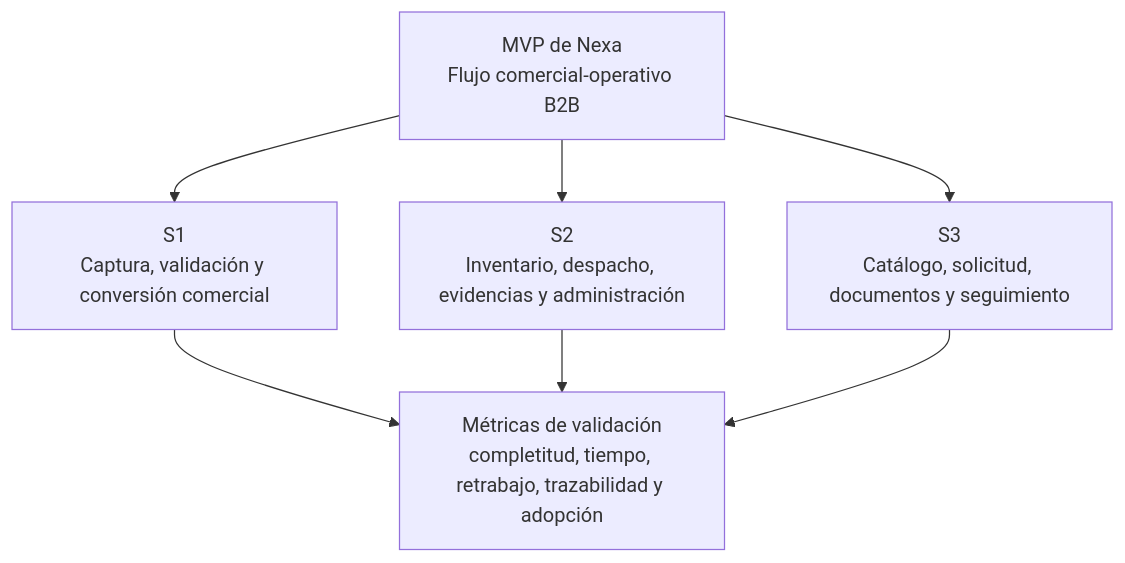
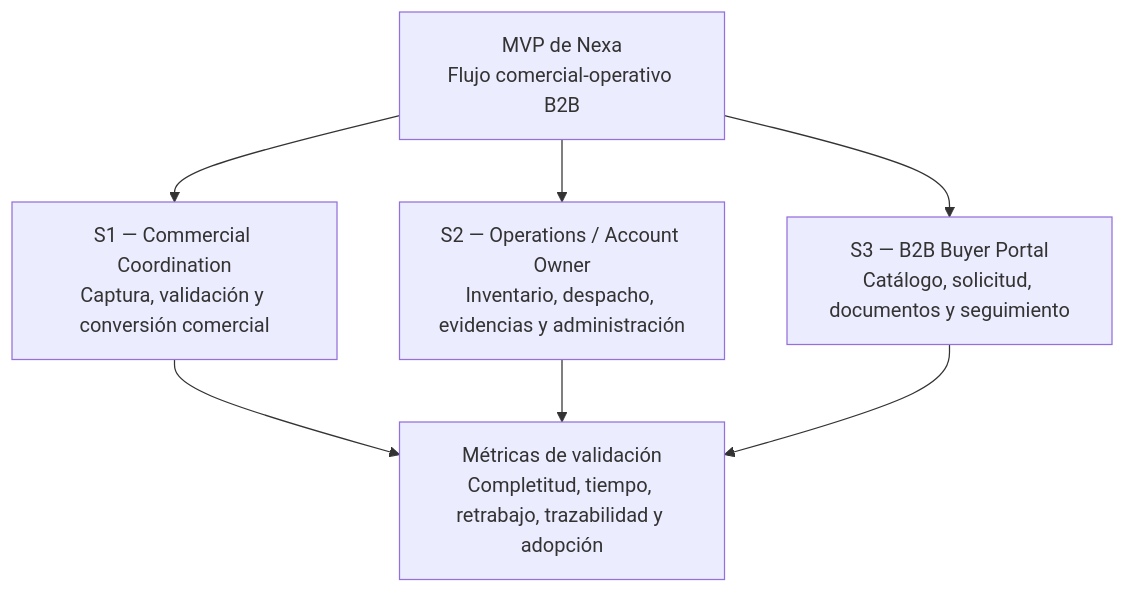
The fourth of 4 diagrams in 10-chapter-1-introduction/1-3-target-segments.md (upc-pre-202610-1asi0729-12010-VulturesD/nexa-report), drawn with Mermaid before and after one commit. The commit also changed other lines of this file and 1 other file, not shown here.

````diff
--- a/10-chapter-1-introduction/1-3-target-segments.md
+++ b/10-chapter-1-introduction/1-3-target-segments.md
@@ -424,15 +383,15 @@
 ```mermaid
 flowchart TD
-    MVP["MVP de Nexa\nFlujo comercial-operativo B2B"]
-    S1["S1\nCaptura, validación y conversión comercial"]
-    S2["S2\nInventario, despacho, evidencias y administración"]
-    S3["S3\nCatálogo, solicitud, documentos y seguimiento"]
-    MET["Métricas de validación\ncompletitud, tiempo, retrabajo, trazabilidad y adopción"]
+    MVP["MVP de Nexa<br/>Flujo comercial-operativo B2B"]
+    SEG1["S1 — Commercial Coordination<br/>Captura, validación y conversión comercial"]
+    SEG2["S2 — Operations / Account Owner<br/>Inventario, despacho, evidencias y administración"]
+    SEG3["S3 — B2B Buyer Portal<br/>Catálogo, solicitud, documentos y seguimiento"]
+    MET["Métricas de validación<br/>Completitud, tiempo, retrabajo, trazabilidad y adopción"]
 
-    MVP --> S1
-    MVP --> S2
-    MVP --> S3
-    S1 --> MET
-    S2 --> MET
-    S3 --> MET
+    MVP --> SEG1
+    MVP --> SEG2
+    MVP --> SEG3
+    SEG1 --> MET
+    SEG2 --> MET
+    SEG3 --> MET
 ```
````
